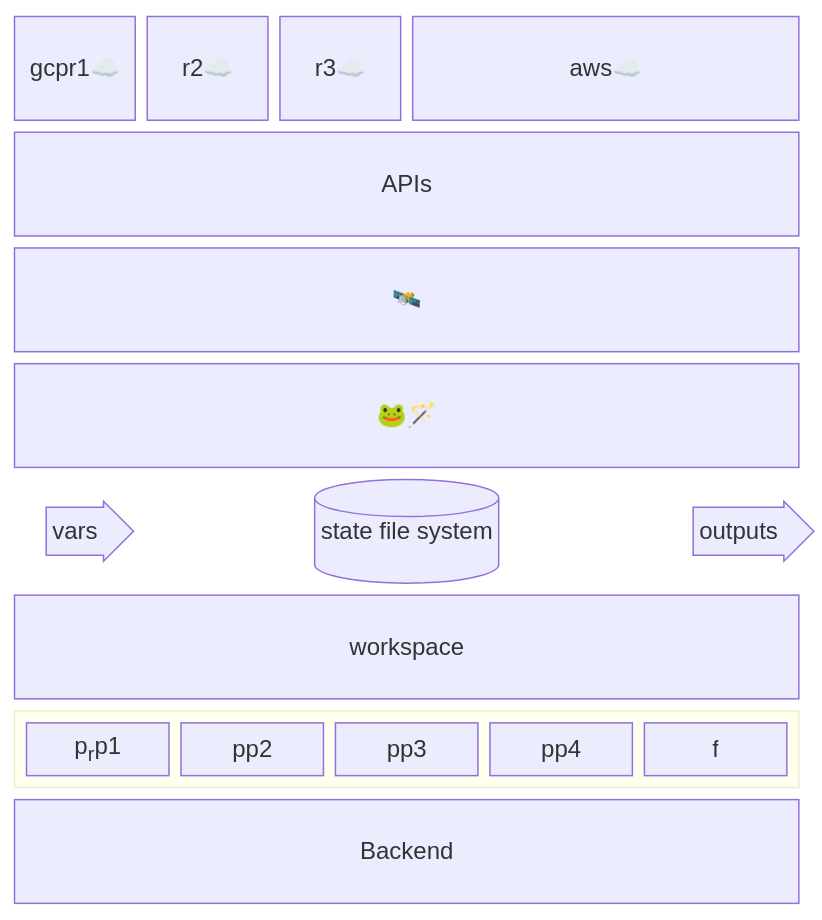
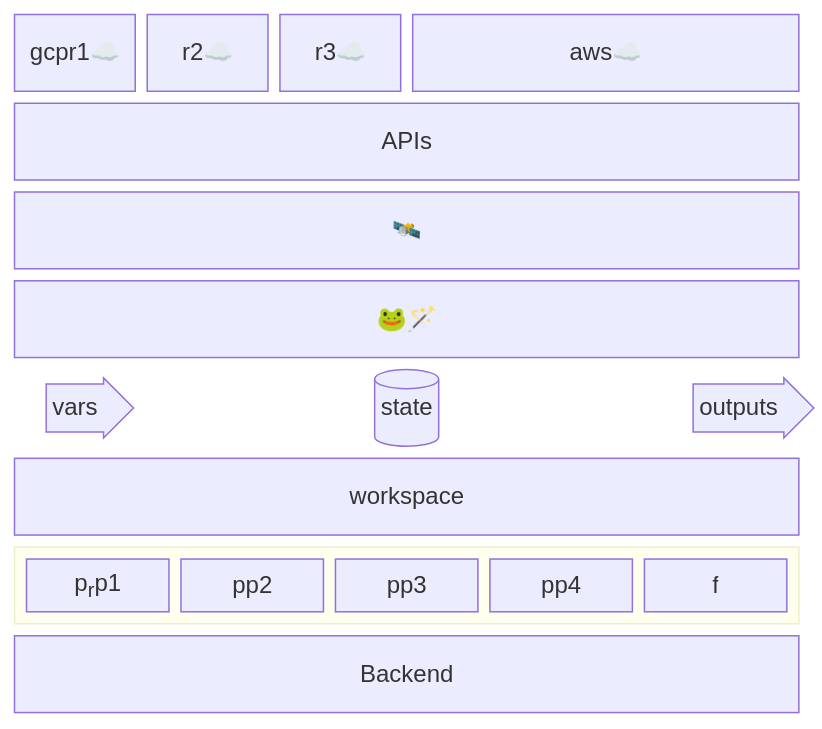
Before and after one commit to sohale/cs-glossaries: the diagram in devops/terraform-tut.md, drawn with Mermaid.

````diff
--- a/devops/terraform-tut.md
+++ b/devops/terraform-tut.md
@@ -78,34 +78,34 @@
 ```mermaid
 block-beta
   columns 6
   gcpr1☁️ r2☁️ r3☁️ aws☁️:3
   %% resources on cloud providers
   APIs:6
   interwebs["🛰️"]:6
   %% block:group1:6
   %%   columns 2
   %%   h i j k
   %% end
   g["🐸🪄"]:6
   %% block:group2:6
   %%  %% columns auto (default)
   %%  p1 p2 p3  p4 p5 p6
   %% end
   %% outputs["outputs"]:6
   %% vars1>"vars"]:1
   %% via bash's env, cli args, etc:
   vars1<["vars"]>(right):1
-  %% file system
-  state1[("state file system")]:4
+  %% file system  "state on file system"
+  state1[("state")]:4
   %% outs1>"outputs"]:1
   outs1<["outputs"]>(right):1
   %% variables["variables"]:6
   workspace["workspace"]:6
   block:group3:6
     columns 5
     %%  The width of the columns is determined by the widest block
     %% pp["provider plugins"]:1
     p1["p<sub>r</sub>p1"]:1 pp2:1 pp3:1 pp4:1 f:1
   end
   Backend:6
 ```
````
